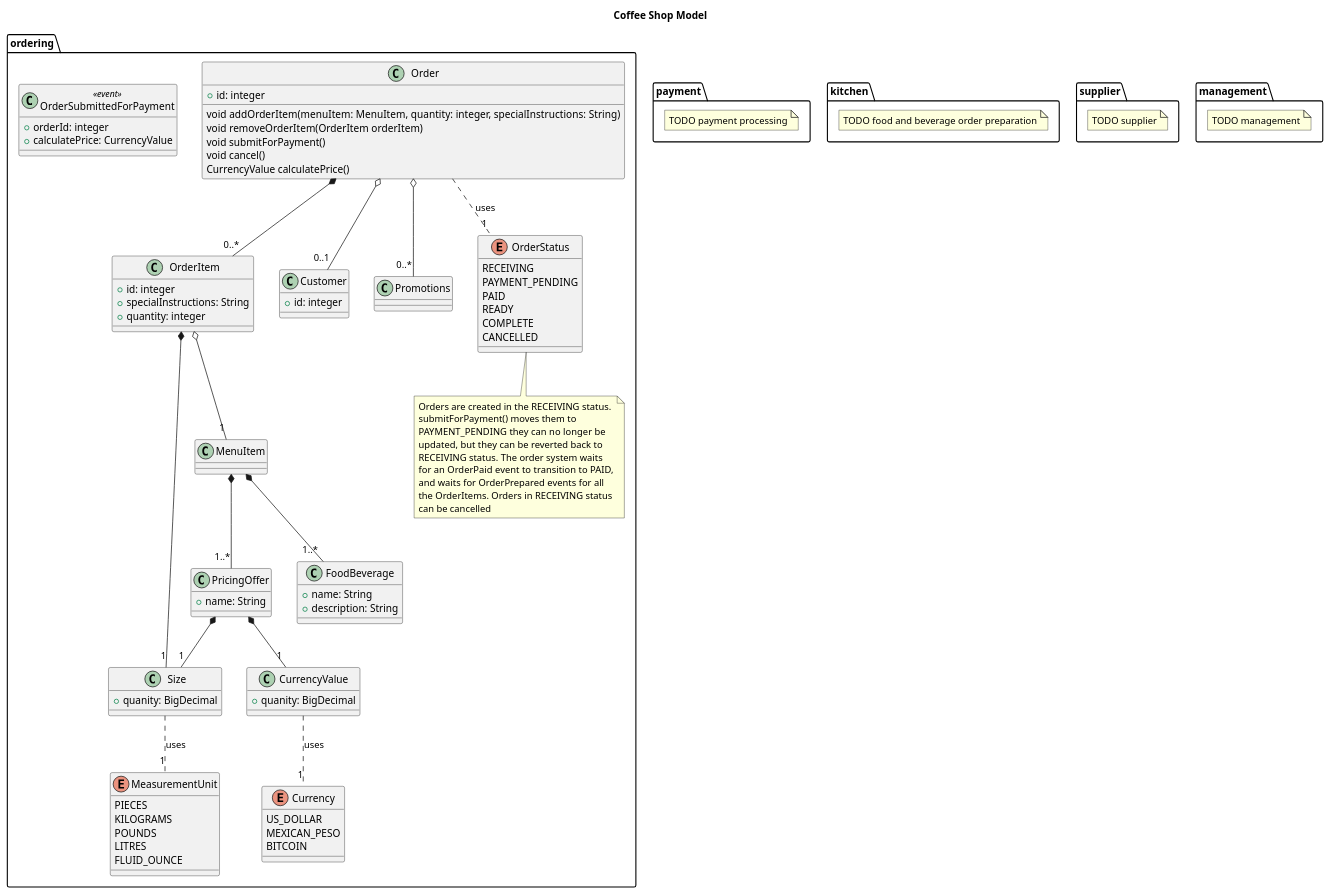
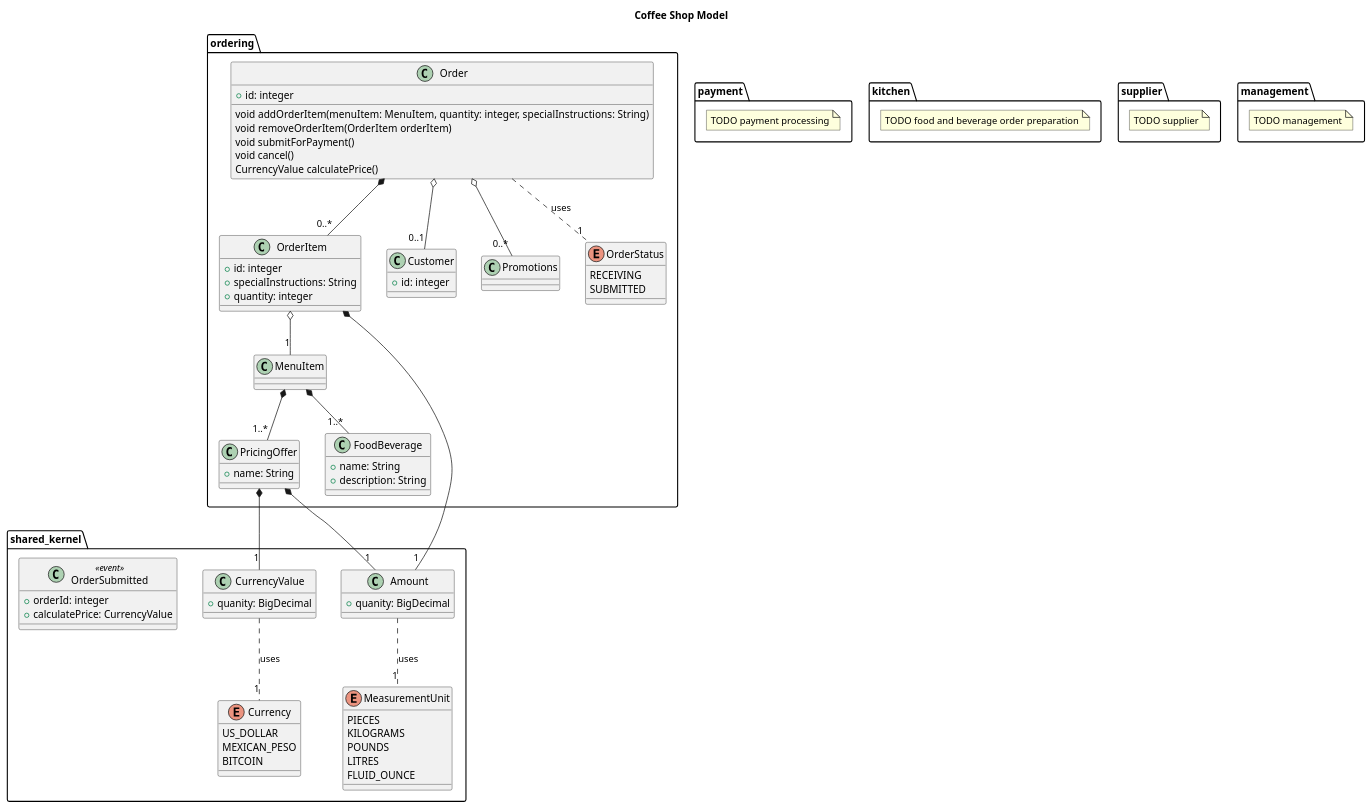
The diagram in model.pu (GregT-Magenic/cofee-shop), drawn with PlantUML before and after one commit.

Commit message:
extracted shared kernel

```diff
--- a/model.pu
+++ b/model.pu
@@ -1,112 +1,110 @@
 @startuml
 
 title Coffee Shop Model
 
-namespace ordering {
+namespace shared_kernel {
 
-  class Order {
-    +id: integer
-    void addOrderItem(menuItem: MenuItem, quantity: integer, specialInstructions: String)
-    void removeOrderItem(OrderItem orderItem)
-    void submitForPayment()
-    void cancel()
-    CurrencyValue calculatePrice()
-  }
-  Order *-- "0..*" OrderItem
-  Order o-- "0..1" Customer
-  Order o-- "0..*" Promotions
-  Order .. "1" OrderStatus: uses
-
-  class OrderSubmittedForPayment <<event>> {
-    +orderId: integer
-    +calculatePrice: CurrencyValue
-  }
-
-  enum OrderStatus {
-    RECEIVING
-    PAYMENT_PENDING
-    PAID
-    READY
-    COMPLETE
-    CANCELLED
-  }
-  note "Orders are created in the RECEIVING status.\nsubmitForPayment() moves them to\nPAYMENT_PENDING they can no longer be\nupdated, but they can be reverted back to\nRECEIVING status. The order system waits\nfor an OrderPaid event to transition to PAID,\nand waits for OrderPrepared events for all\nthe OrderItems. Orders in RECEIVING status\ncan be cancelled" as n1
-  OrderStatus .. n1
-
-  class Customer {
-    +id: integer
-  }
-
-  class OrderItem {
-    +id: integer
-    +specialInstructions: String
-    +quantity: integer
-  }
-  OrderItem o-- "1" MenuItem
-  OrderItem *-- "1" Size
-
-  MenuItem *-- "1..*" FoodBeverage
-  MenuItem *-- "1..*" PricingOffer
-
-    class FoodBeverage {
-    +name: String
-    +description: String
-  }
-
-  class PricingOffer {
-    +name: String
-  }
-  PricingOffer *-- "1" Size
-  PricingOffer *-- "1" CurrencyValue
-
-  class Size {
+  class Amount {
     +quanity: BigDecimal
   }
-  Size .. "1" MeasurementUnit: uses
+  Amount .. "1" MeasurementUnit: uses
 
   enum MeasurementUnit {
     PIECES
     KILOGRAMS
     POUNDS
     LITRES
     FLUID_OUNCE
   }
 
   class CurrencyValue {
     +quanity: BigDecimal
   }
   CurrencyValue .. "1" Currency: uses
 
   enum Currency {
     US_DOLLAR
     MEXICAN_PESO
     BITCOIN
   }
+
+    class OrderSubmitted <<event>> {
+    +orderId: integer
+    +calculatePrice: CurrencyValue
+  }
+
+}
+
+namespace ordering {
+
+  class Order {
+    +id: integer
+    void addOrderItem(menuItem: MenuItem, quantity: integer, specialInstructions: String)
+    void removeOrderItem(OrderItem orderItem)
+    void submitForPayment()
+    void cancel()
+    CurrencyValue calculatePrice()
+  }
+  Order *-- "0..*" OrderItem
+  Order o-- "0..1" Customer
+  Order o-- "0..*" Promotions
+  Order .. "1" OrderStatus: uses
+
+  enum OrderStatus {
+    RECEIVING
+    SUBMITTED
+  }
+
+  class Customer {
+    +id: integer
+  }
+
+  class OrderItem {
+    +id: integer
+    +specialInstructions: String
+    +quantity: integer
+  }
+  OrderItem o-- "1" MenuItem
+  OrderItem *-- "1" shared_kernel.Amount
+
+  MenuItem *-- "1..*" FoodBeverage
+  MenuItem *-- "1..*" PricingOffer
+
+    class FoodBeverage {
+    +name: String
+    +description: String
+  }
+
+  class PricingOffer {
+    +name: String
+  }
+  PricingOffer *-- "1" shared_kernel.Amount
+  PricingOffer *-- "1" shared_kernel.CurrencyValue
 
 }
 
 namespace payment {
 
   note "TODO payment processing" as n1
 
 }
 
 namespace kitchen {
 
   note "TODO food and beverage order preparation" as n1
 
 }
 
 namespace supplier {
 
   note "TODO supplier" as n1
 
 }
 
 namespace management {
 
   note "TODO management" as n1
 
 }
 
 @enduml
```
